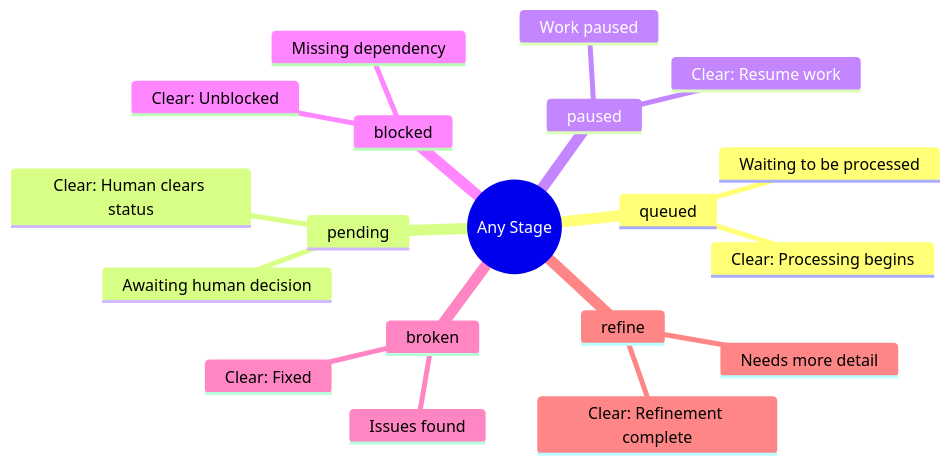
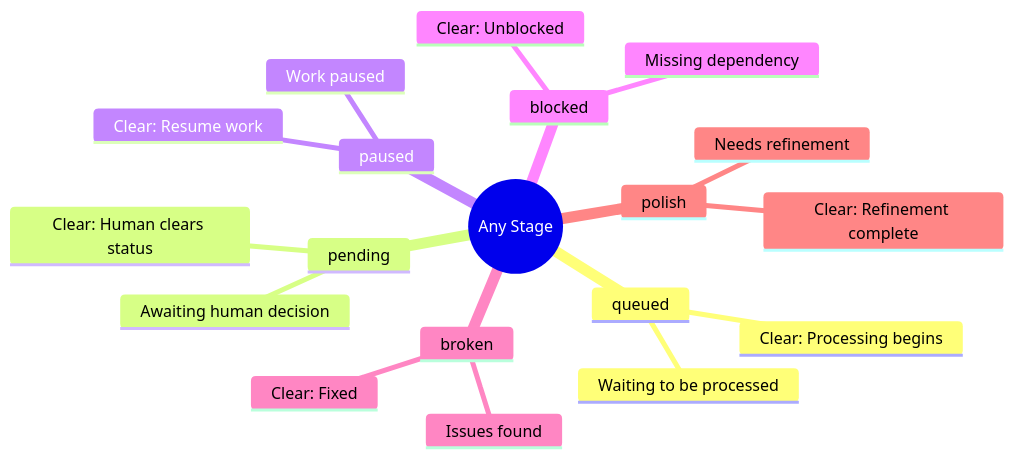
One commit to Mharbulous/SyncoPaid changed the second of 11 diagrams in .claude/skills/story-tree/references/workflow-diagrams.md. Above: the diagram before and after it, drawn with Mermaid. The commit also changed 9 other files, not shown here.

````diff
--- a/.claude/skills/story-tree/references/workflow-diagrams.md
+++ b/.claude/skills/story-tree/references/workflow-diagrams.md
@@ -99,22 +99,22 @@
 ```mermaid
 mindmap
   root((Any Stage))
     queued
       Waiting to be processed
       Clear: Processing begins
     pending
       Awaiting human decision
       Clear: Human clears status
     paused
       Work paused
       Clear: Resume work
     blocked
       Missing dependency
       Clear: Unblocked
     broken
       Issues found
       Clear: Fixed
-    refine
-      Needs more detail
+    polish
+      Needs refinement
       Clear: Refinement complete
 ```
````
